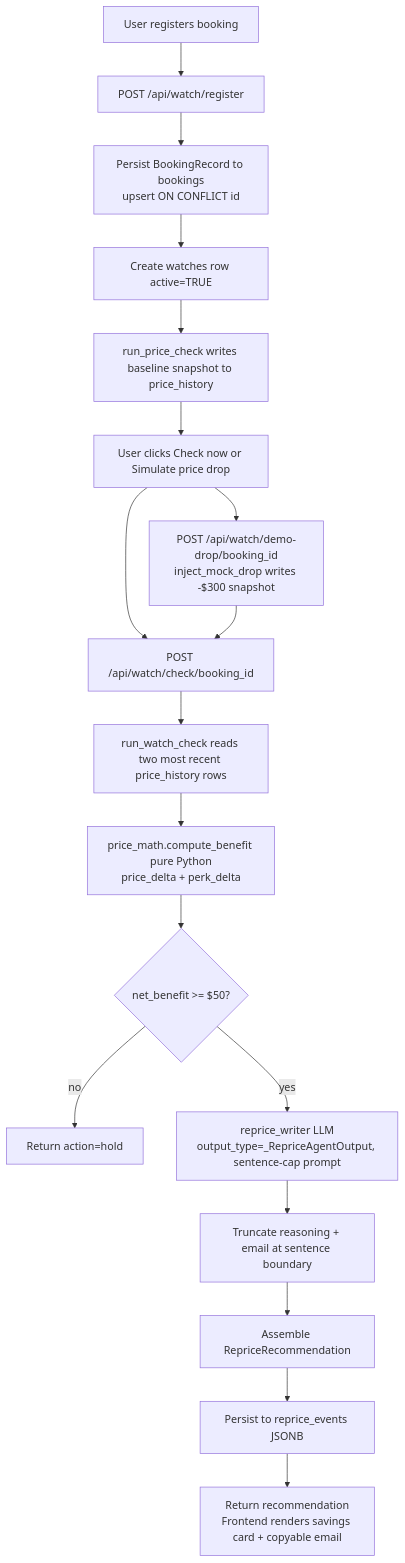
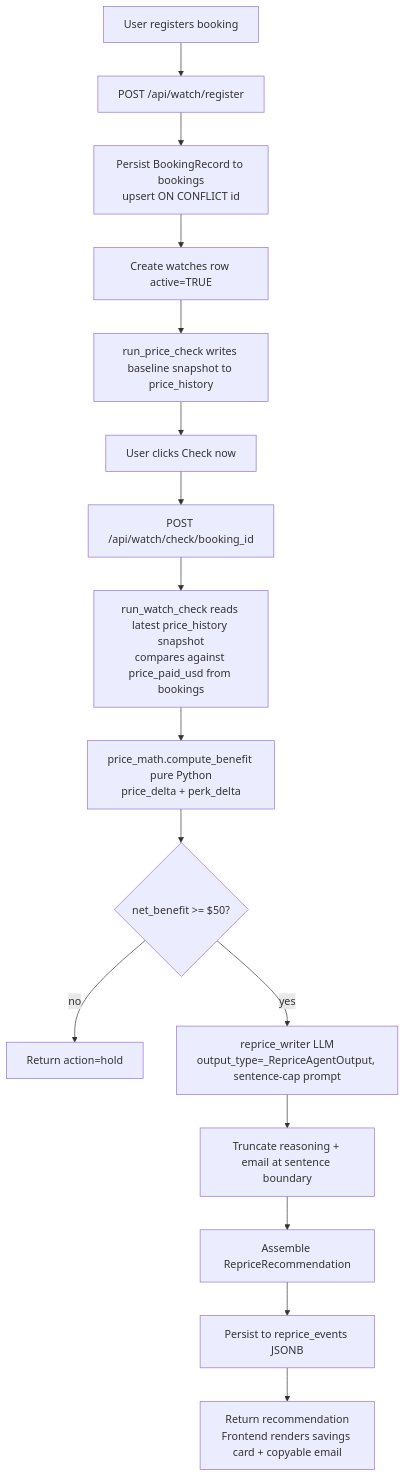
The second of 3 diagrams in README.md (smosharof/Cruisewise), drawn with Mermaid before and after one commit. The commit also changed other lines of this file, not shown here.

````diff
--- a/README.md
+++ b/README.md
@@ -100,20 +100,18 @@
 ```mermaid
 flowchart TD
     A[User registers booking] --> B[POST /api/watch/register]
     B --> C[Persist BookingRecord to bookings\nupsert ON CONFLICT id]
     C --> D[Create watches row active=TRUE]
     D --> E[run_price_check writes baseline snapshot to price_history]
-    E --> F[User clicks Check now or Simulate price drop]
+    E --> F[User clicks Check now]
     F --> G1[POST /api/watch/check/booking_id]
-    F --> G2[POST /api/watch/demo-drop/booking_id\ninject_mock_drop writes -$300 snapshot]
-    G2 --> G1
-    G1 --> H[run_watch_check reads two most recent price_history rows]
+    G1 --> H[run_watch_check reads latest price_history snapshot\ncompares against price_paid_usd from bookings]
     H --> I[price_math.compute_benefit pure Python\nprice_delta + perk_delta]
     I --> J{net_benefit >= $50?}
     J -->|no| K[Return action=hold]
     J -->|yes| L[reprice_writer LLM\noutput_type=_RepriceAgentOutput, sentence-cap prompt]
     L --> M[Truncate reasoning + email at sentence boundary]
     M --> N[Assemble RepriceRecommendation]
     N --> O[Persist to reprice_events JSONB]
     O --> P[Return recommendation\nFrontend renders savings card + copyable email]
 ```
````
